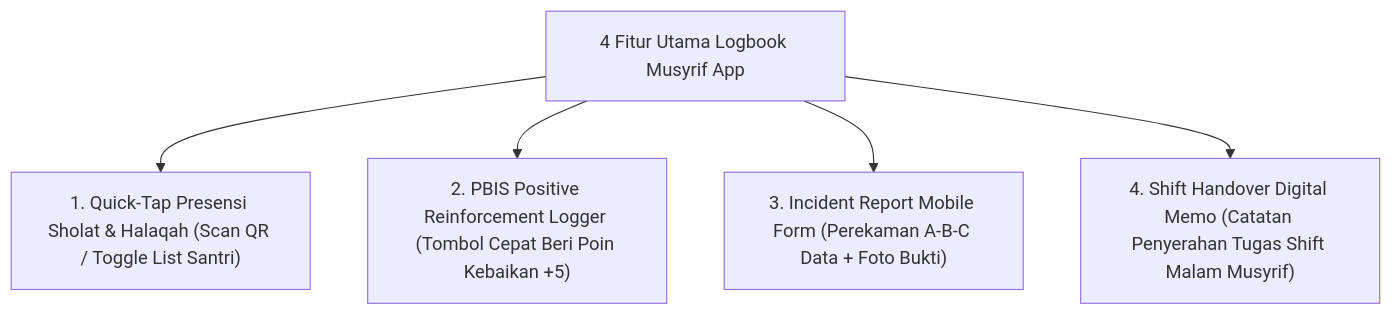
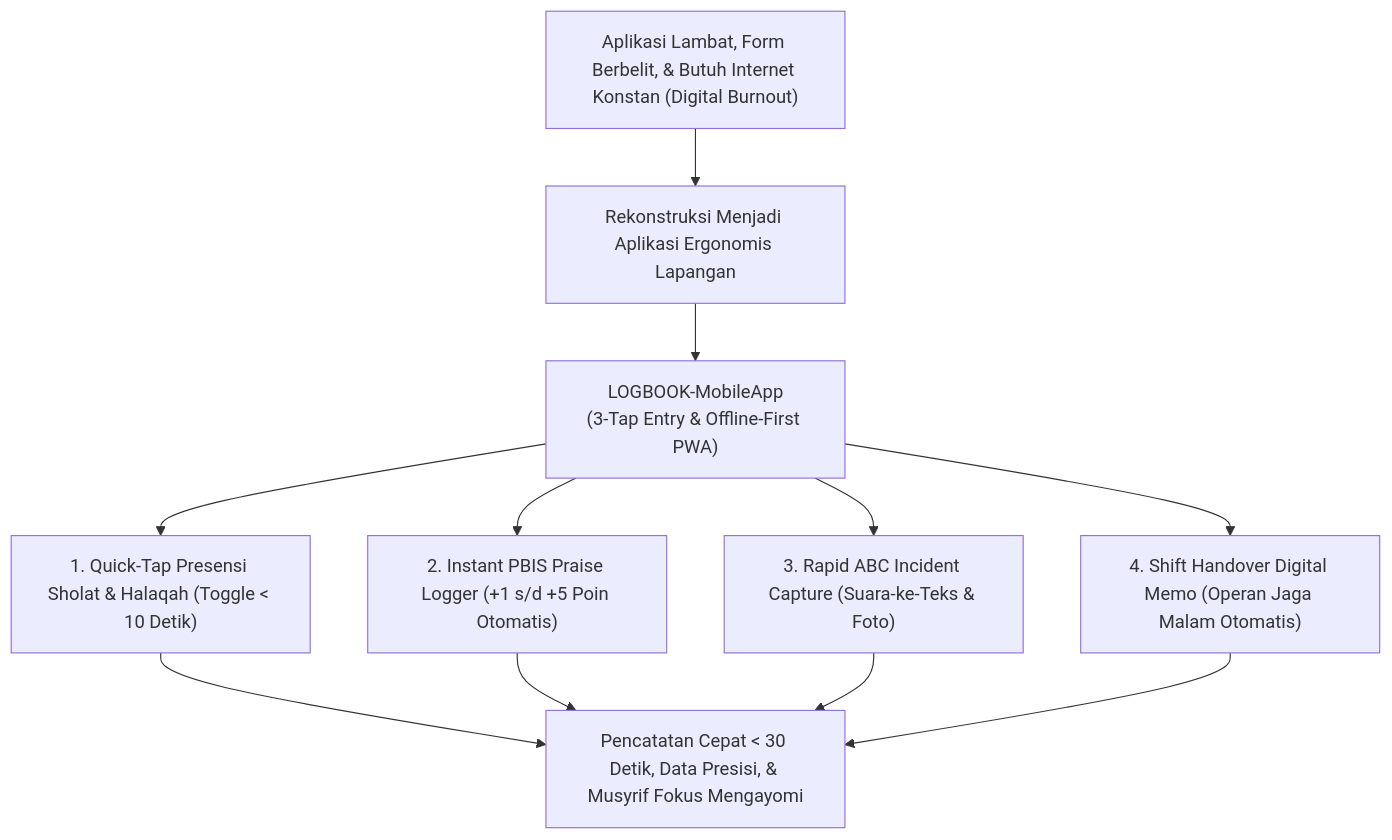
The first of 2 diagrams in 11 Tools/08 Digital Tools/P11-08-01-Spesifikasi-Aplikasi-Logbook-Musyrif-Mobile-App.md (wandiapriliyandi/tumbuh), drawn with Mermaid before and after one commit. The commit also changed other lines of this file and 3 other files, not shown here.

````diff
--- a/11 Tools/08 Digital Tools/P11-08-01-Spesifikasi-Aplikasi-Logbook-Musyrif-Mobile-App.md
+++ b/11 Tools/08 Digital Tools/P11-08-01-Spesifikasi-Aplikasi-Logbook-Musyrif-Mobile-App.md
@@ -14,8 +20,10 @@
 ```mermaid
 graph TD
-    MusyrifAppFeatures["4 Fitur Utama Logbook Musyrif App"]
-    MusyrifAppFeatures --> QuickPresence["1. Quick-Tap Presensi Sholat & Halaqah (Scan QR / Toggle List Santri)"]
-    MusyrifAppFeatures --> PBISPointLogger["2. PBIS Positive Reinforcement Logger (Tombol Cepat Beri Poin Kebaikan +5)"]
-    MusyrifAppFeatures --> IncidentFormMobile["3. Incident Report Mobile Form (Perekaman A-B-C Data + Foto Bukti)"]
-    MusyrifAppFeatures --> ShiftHandoverNote["4. Shift Handover Digital Memo (Catatan Penyerahan Tugas Shift Malam Musyrif)"]
+    BebanRumit["Aplikasi Lambat, Form Berbelit, & Butuh Internet Konstan (Digital Burnout)"] --> Transformasi["Rekonstruksi Menjadi Aplikasi Ergonomis Lapangan"]
+    Transformasi --> MusyrifApp["LOGBOOK-MobileApp<br/>(3-Tap Entry & Offline-First PWA)"]
+    MusyrifApp --> F1["1. Quick-Tap Presensi Sholat & Halaqah (Toggle < 10 Detik)"]
+    MusyrifApp --> F2["2. Instant PBIS Praise Logger (+1 s/d +5 Poin Otomatis)"]
+    MusyrifApp --> F3["3. Rapid ABC Incident Capture (Suara-ke-Teks & Foto)"]
+    MusyrifApp --> F4["4. Shift Handover Digital Memo (Operan Jaga Malam Otomatis)"]
+    F1 & F2 & F3 & F4 --> Efisiensi["Pencatatan Cepat < 30 Detik, Data Presisi, & Musyrif Fokus Mengayomi"]
 ```
````
